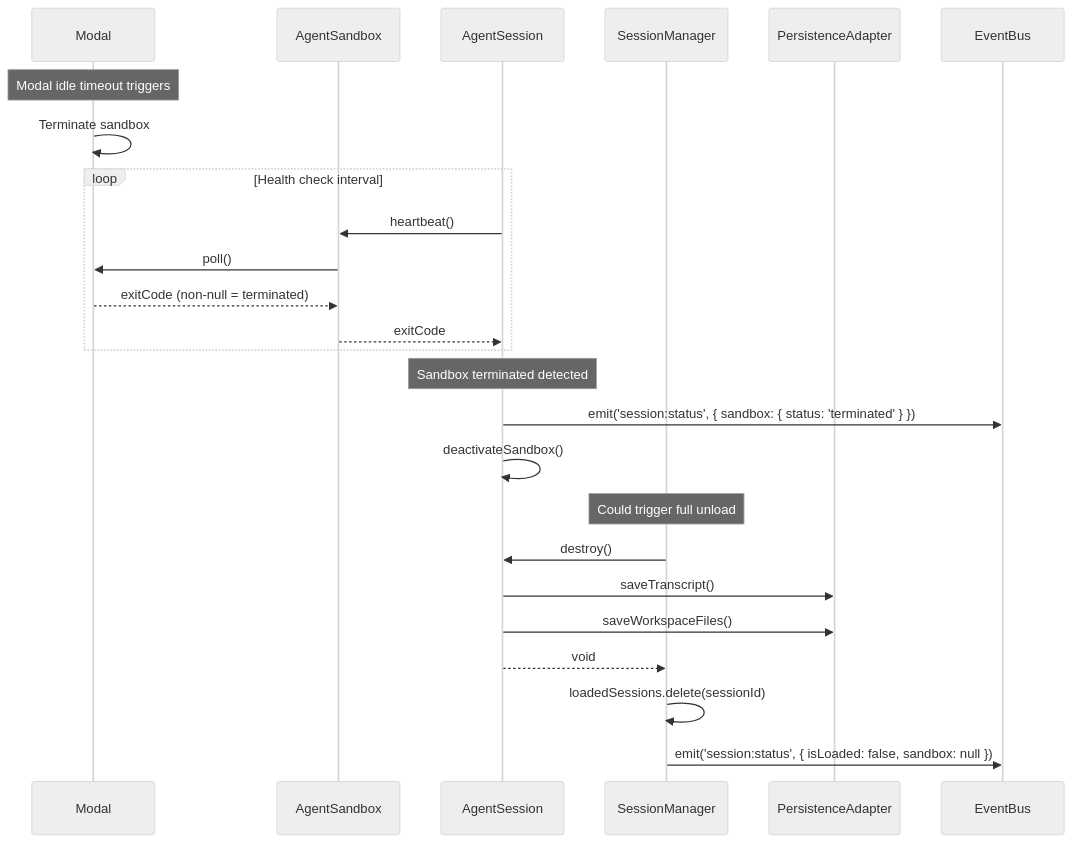
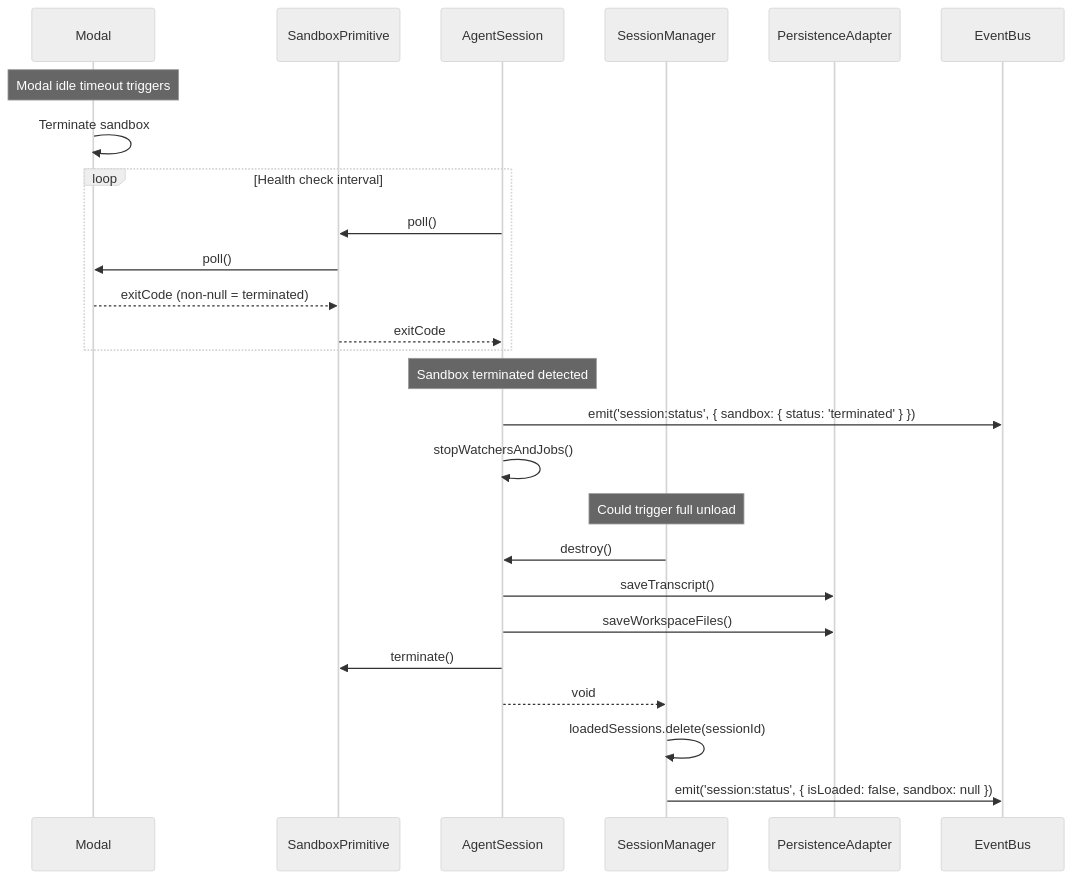
Before and after one commit to hhopkins95/agent-runtime: the ninth of 12 diagrams in docs/architecture.md, drawn with Mermaid (neutral theme). The commit also changed other lines of this file and 5 other files, not shown here.

First line of the commit message:
refactor(agent-session): streamline sandbox management and enhance file handling

````diff
--- a/docs/architecture.md
+++ b/docs/architecture.md
@@ -361,31 +344,32 @@
 ```mermaid
 sequenceDiagram
     participant Modal
-    participant AGS as AgentSandbox
+    participant SP as SandboxPrimitive
     participant AS as AgentSession
     participant SM as SessionManager
     participant PA as PersistenceAdapter
     participant EB as EventBus
 
     Note over Modal: Modal idle timeout triggers
     Modal->>Modal: Terminate sandbox
 
     loop Health check interval
-        AS->>AGS: heartbeat()
-        AGS->>Modal: poll()
-        Modal-->>AGS: exitCode (non-null = terminated)
-        AGS-->>AS: exitCode
+        AS->>SP: poll()
+        SP->>Modal: poll()
+        Modal-->>SP: exitCode (non-null = terminated)
+        SP-->>AS: exitCode
     end
 
     Note over AS: Sandbox terminated detected
     AS->>EB: emit('session:status', { sandbox: { status: 'terminated' } })
-    AS->>AS: deactivateSandbox()
+    AS->>AS: stopWatchersAndJobs()
 
     Note over SM: Could trigger full unload
     SM->>AS: destroy()
     AS->>PA: saveTranscript()
     AS->>PA: saveWorkspaceFiles()
+    AS->>SP: terminate()
     AS-->>SM: void
     SM->>SM: loadedSessions.delete(sessionId)
     SM->>EB: emit('session:status', { isLoaded: false, sandbox: null })
 ```
````
